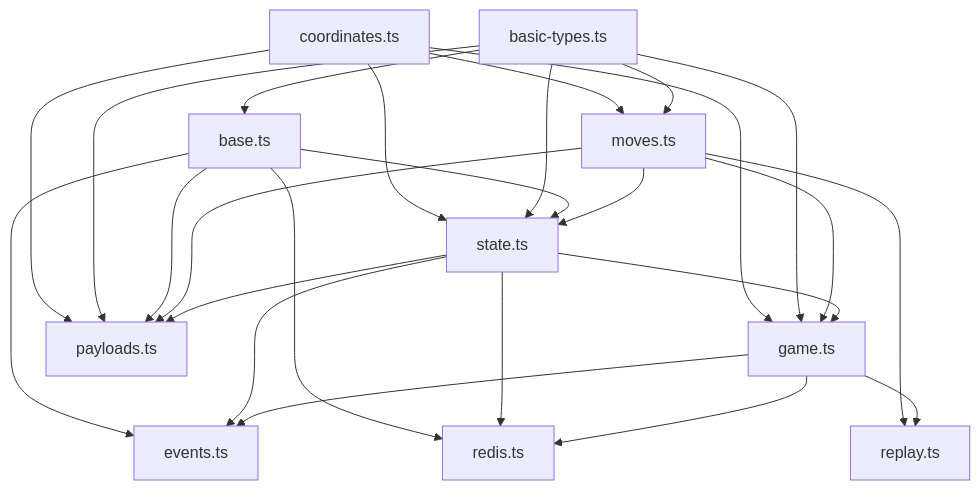
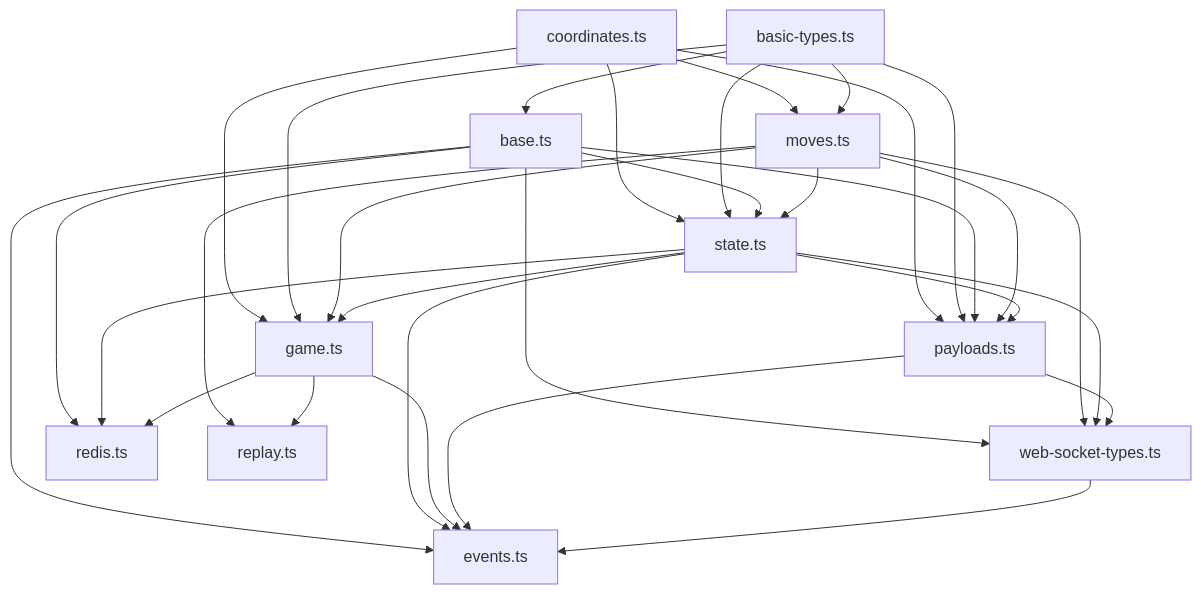
One commit to vcb88/ctorgame changed the first of 9 diagrams in docs/TYPE_DEPENDENCIES.md. Above: the diagram before and after it, drawn with Mermaid. The commit also changed other lines of this file, not shown here.

Commit message:
docs: update type dependencies diagram and descriptions to include web-socket-types.ts

````diff
--- a/docs/TYPE_DEPENDENCIES.md
+++ b/docs/TYPE_DEPENDENCIES.md
@@ -5,38 +5,45 @@
 ```mermaid
 graph TD
+    websocket[web-socket-types.ts]
     coordinates[coordinates.ts]
     basics[basic-types.ts]
     base[base.ts]
     moves[moves.ts]
     state[state.ts]
     game[game.ts]
     events[events.ts]
     payloads[payloads.ts]
     redis[redis.ts]
     replay[replay.ts]
 
     coordinates --> state
     coordinates --> moves
     coordinates --> game
     coordinates --> payloads
     basics --> base
     basics --> moves
     basics --> state
     basics --> game
     basics --> payloads
     base --> state
     base --> payloads
     base --> events
     base --> redis
+    base --> websocket
     moves --> state
     moves --> game
     moves --> payloads
     moves --> replay
+    moves --> websocket
     state --> game
     state --> payloads
     state --> redis
     state --> events
+    state --> websocket
     game --> redis
     game --> replay
     game --> events
+    payloads --> websocket
+    payloads --> events
+    websocket --> events
 ```
````
